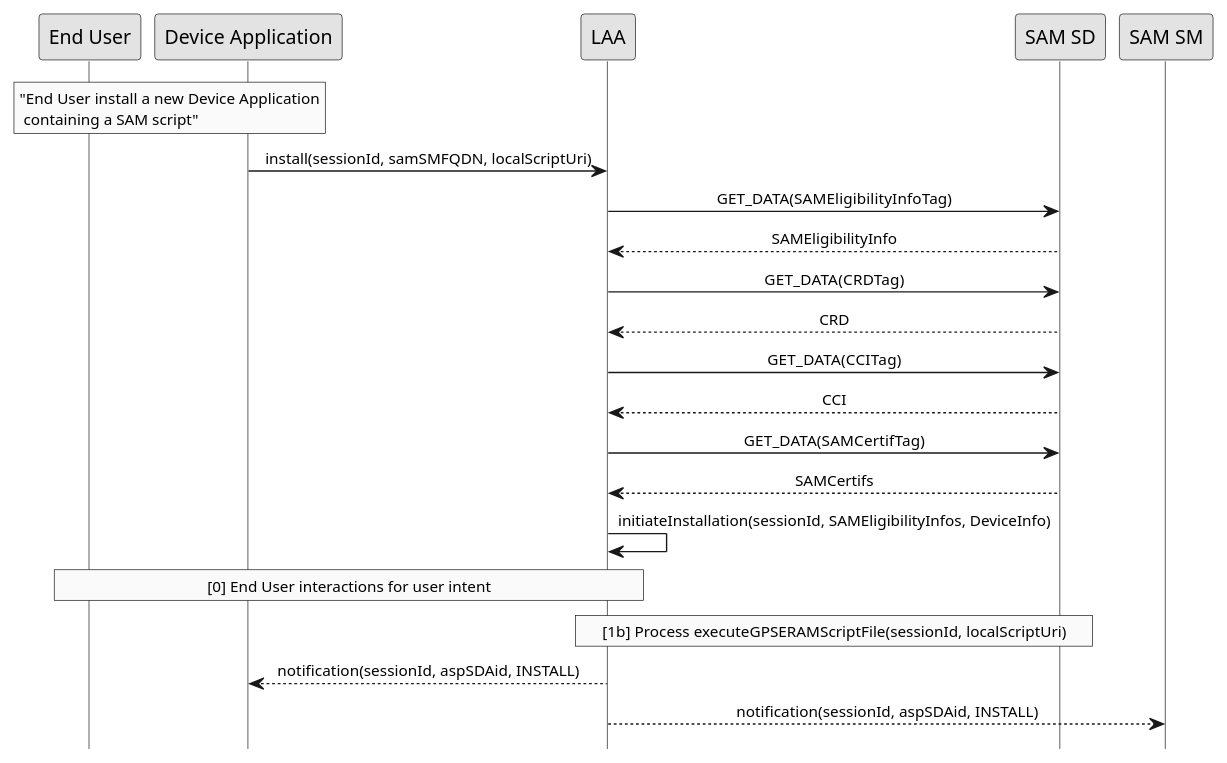
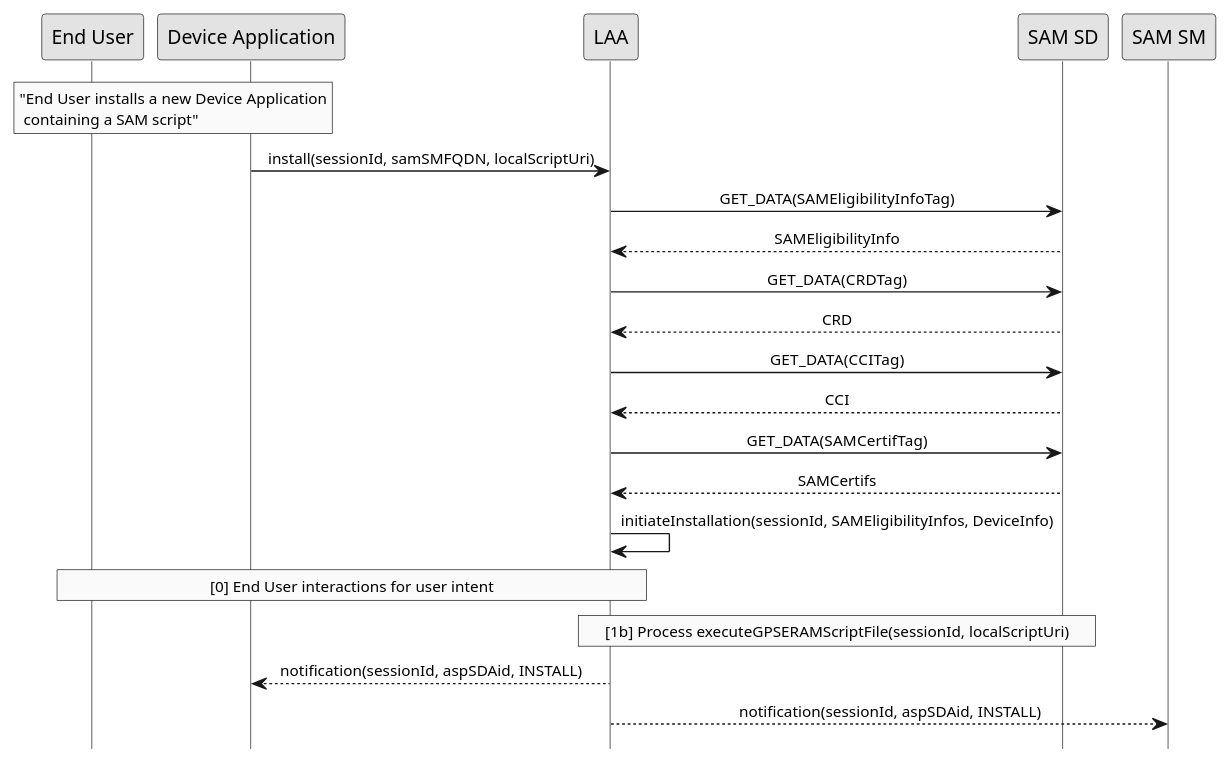
One commit to gaelrgerard/laa changed the diagram in doc/uml/install-local.pu. Above: the diagram before and after it, drawn with PlantUML. The commit also changed 1 other file, not shown here.

Commit message:
update install

```diff
--- a/doc/uml/install-local.pu
+++ b/doc/uml/install-local.pu
@@ -1,38 +1,38 @@
 @startuml
  
 hide footbox
 skinparam sequenceMessageAlign center
 skinparam sequenceArrowFontSize 11
 skinparam noteFontSize 11
 skinparam monochrome true
 skinparam lifelinestrategy solid
 
 
 rnote over "End User", "Device Application"
-     "End User install a new Device Application
+     "End User installs a new Device Application
       containing a SAM script"
 end rnote
 
 "Device Application" -> LAA : install(sessionId, samSMFQDN, localScriptUri)
 LAA -> "SAM SD" : GET_DATA(SAMEligibilityInfoTag)
 "SAM SD" --> LAA : SAMEligibilityInfo  
 LAA -> "SAM SD" : GET_DATA(CRDTag)
 "SAM SD" --> LAA : CRD
 LAA -> "SAM SD" : GET_DATA(CCITag)
 "SAM SD" --> LAA : CCI
 LAA -> "SAM SD" : GET_DATA(SAMCertifTag)
 "SAM SD" --> LAA : SAMCertifs
 "LAA" -> "LAA" : initiateInstallation(sessionId, SAMEligibilityInfos, DeviceInfo) 
  
 rnote over "LAA", "End User"
      [0] End User interactions for user intent
 end rnote
 
 rnote over "LAA", "SAM SD"
      [1b] Process executeGPSERAMScriptFile(sessionId, localScriptUri)
 end rnote
  
 LAA --> "Device Application" : notification(sessionId, aspSDAid, INSTALL)
  
 LAA --> "SAM SM" : notification(sessionId, aspSDAid, INSTALL)
 @enduml
```
